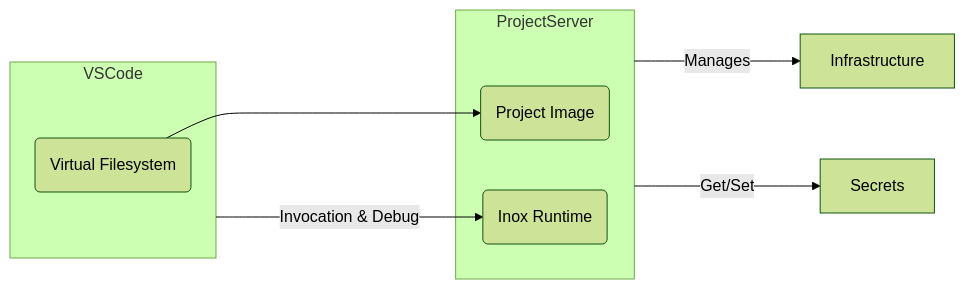
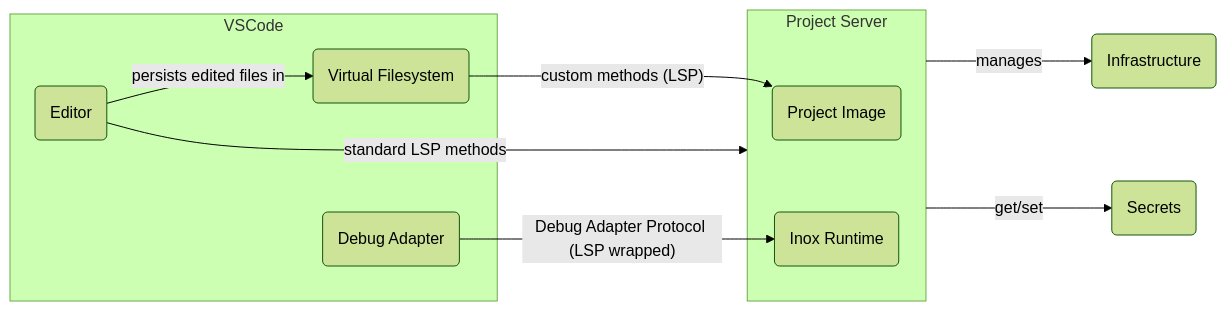
One commit to inoxlang/inox changed the first of 2 diagrams in README.md. Above: the diagram before and after it, drawn with Mermaid (forest theme). The commit also changed other lines of this file, not shown here.

````diff
--- a/README.md
+++ b/README.md
@@ -289,19 +286,22 @@
 ```mermaid
 graph LR
 
 subgraph VSCode
   VSCodeVFS(Virtual Filesystem)
+  Editor
+  Editor --> |persists edited files in| VSCodeVFS
+  DebugAdapter
 end
 
-VSCodeVFS ---> ProjImage
-VSCode --->|Invocation & Debug| Runtime(Inox Runtime)
-ProjectServer[Project Server]
+Editor(Editor) --> |standard LSP methods| ProjectServer
+VSCodeVFS --> |"custom methods (LSP)"| ProjImage
+DebugAdapter(Debug Adapter) -->|"Debug Adapter Protocol (LSP wrapped)"| Runtime(Inox Runtime)
 
-subgraph ProjectServer
+subgraph ProjectServer[Project Server]
   Runtime
   ProjImage(Project Image)
 end
 
-ProjectServer --->|Manages| Infrastructure
-ProjectServer --->|Get/Set| Secrets
+ProjectServer --->|manages| Infrastructure(Infrastructure)
+ProjectServer --->|get/set| Secrets(Secrets)
 ```
````
